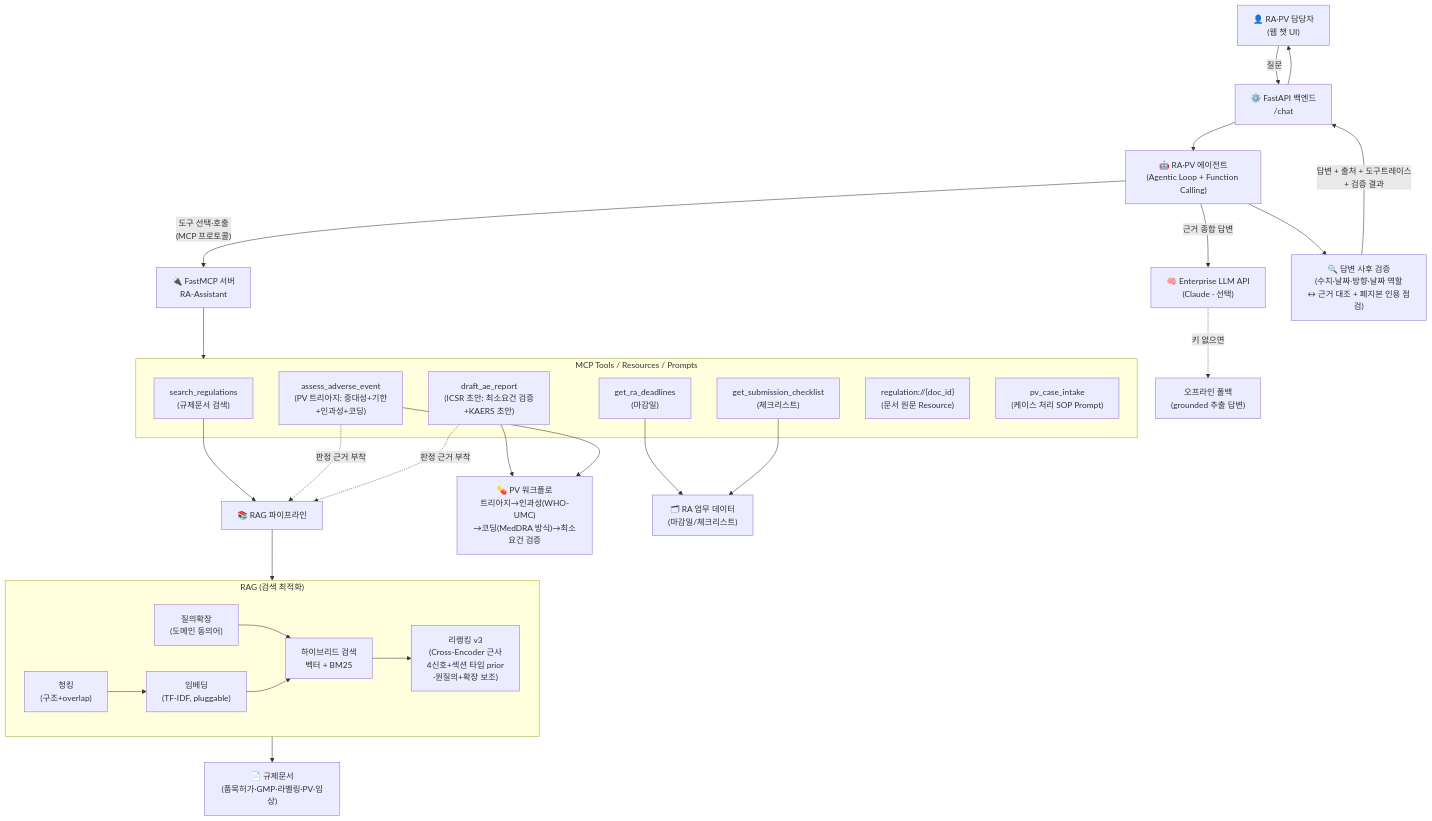
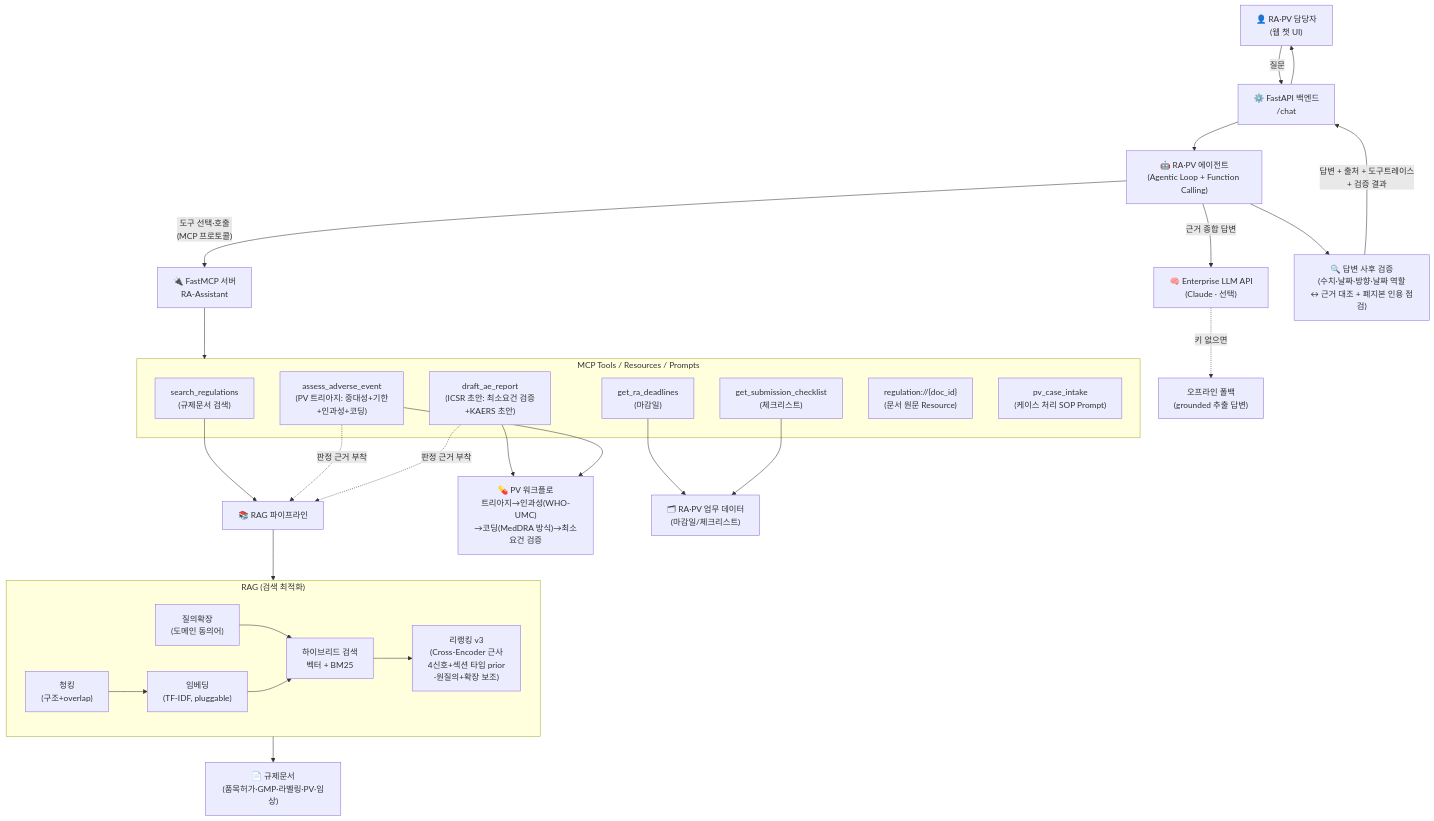
One commit to chaeyoo/letsgogc changed the diagram in project/README.md. Above: the diagram before and after it, drawn with Mermaid. The commit also changed 9 other files, not shown here.

````diff
--- a/project/README.md
+++ b/project/README.md
@@ -51,41 +51,41 @@
 ```mermaid
 flowchart TB
     U["👤 RA·PV 담당자<br/>(웹 챗 UI)"] -->|질문| API["⚙️ FastAPI 백엔드<br/>/chat"]
     API --> AG["🤖 RA·PV 에이전트<br/>(Agentic Loop + Function Calling)"]
 
     AG -->|"도구 선택·호출<br/>(MCP 프로토콜)"| MCP["🔌 FastMCP 서버<br/>RA-Assistant"]
 
     subgraph MCP_TOOLS["MCP Tools / Resources / Prompts"]
         T1["search_regulations<br/>(규제문서 검색)"]
         T2["get_ra_deadlines<br/>(마감일)"]
         T3["get_submission_checklist<br/>(체크리스트)"]
         T4["assess_adverse_event<br/>(PV 트리아지: 중대성+기한<br/>+인과성+코딩)"]
         T5["draft_ae_report<br/>(ICSR 초안: 최소요건 검증<br/>+KAERS 초안)"]
         R1["regulation://{doc_id}<br/>(문서 원문 Resource)"]
         P1["pv_case_intake<br/>(케이스 처리 SOP Prompt)"]
     end
     MCP --> MCP_TOOLS
 
     T1 --> RAG["📚 RAG 파이프라인"]
     T4 -.->|"판정 근거 부착"| RAG
     T5 -.->|"판정 근거 부착"| RAG
     T5 --> PV["💊 PV 워크플로<br/>트리아지→인과성(WHO-UMC)<br/>→코딩(MedDRA 방식)→최소요건 검증"]
     T4 --> PV
     subgraph RAG_PIPE["RAG (검색 최적화)"]
         C1["청킹<br/>(구조+overlap)"] --> C2["임베딩<br/>(TF-IDF, pluggable)"]
         C0["질의확장<br/>(도메인 동의어)"] --> C3["하이브리드 검색<br/>벡터 + BM25"]
         C2 --> C3
         C3 --> C4["리랭킹 v3<br/>(Cross-Encoder 근사<br/>4신호+섹션 타입 prior<br/>·원질의+확장 보조)"]
     end
     RAG --> RAG_PIPE
     RAG_PIPE --> DOCS["📄 규제문서<br/>(품목허가·GMP·라벨링·PV·임상)"]
 
-    T2 --> DB["🗂 RA 업무 데이터<br/>(마감일/체크리스트)"]
+    T2 --> DB["🗂 RA·PV 업무 데이터<br/>(마감일/체크리스트)"]
     T3 --> DB
 
     AG -->|"근거 종합 답변"| LLM["🧠 Enterprise LLM API<br/>(Claude · 선택)"]
     LLM -.->|"키 없으면"| FB["오프라인 폴백<br/>(grounded 추출 답변)"]
 
     AG --> VER["🔍 답변 사후 검증<br/>(수치·날짜·방향·날짜 역할<br/>↔ 근거 대조 + 폐지본 인용 점검)"]
     VER -->|"답변 + 출처 + 도구트레이스<br/>+ 검증 결과"| API --> U
 ```
````
